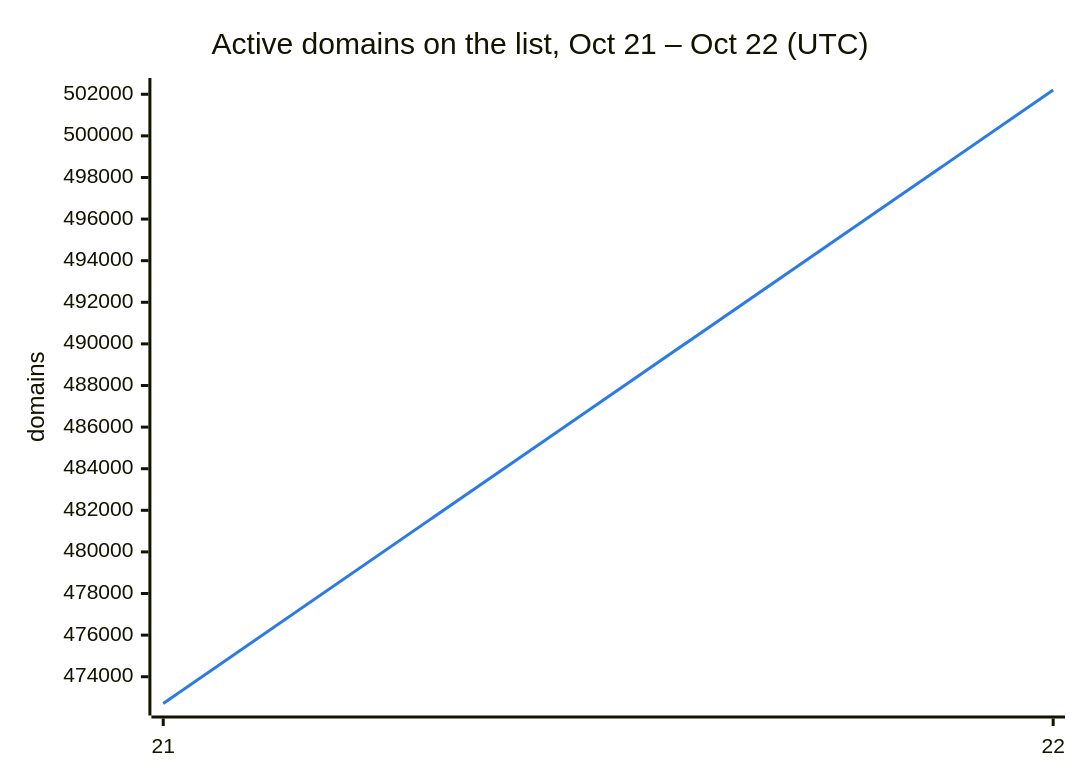
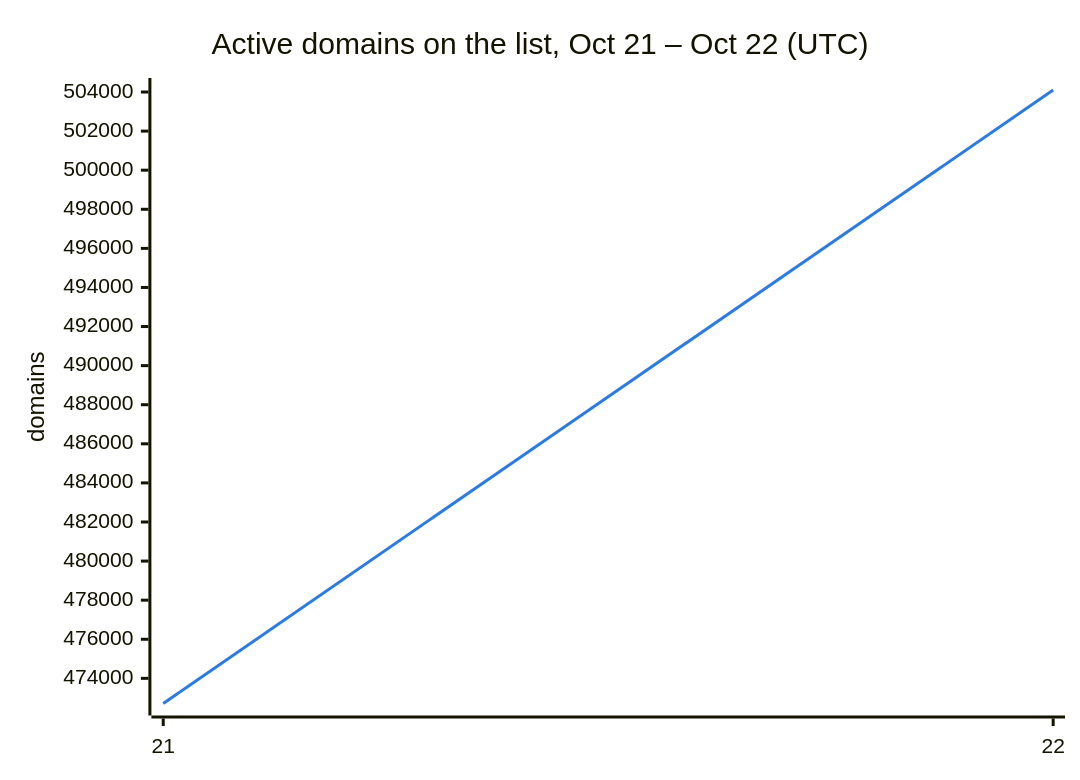
Before and after one commit to DNSBunker/CTI: the second of 3 diagrams in README.md, drawn with Mermaid. The commit also changed other lines of this file and 3 other files, not shown here.

````diff
--- a/README.md
+++ b/README.md
@@ -38,8 +38,8 @@
 ```mermaid
 %%{init: {"themeVariables": {"xyChart": {"plotColorPalette": "#2c7be5"}}}}%%
 xychart-beta
     title "Active domains on the list, Oct 21 – Oct 22 (UTC)"
     x-axis ["21", "22"]
     y-axis "domains"
-    line [472713, 502205]
+    line [472713, 504103]
 ```
````
